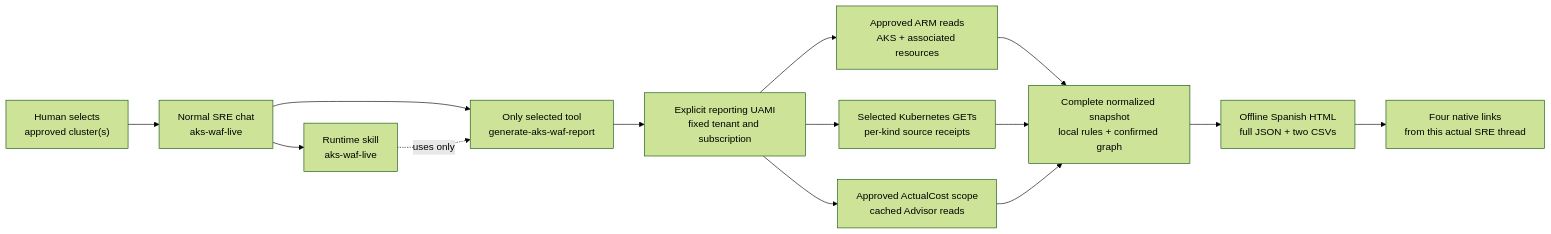
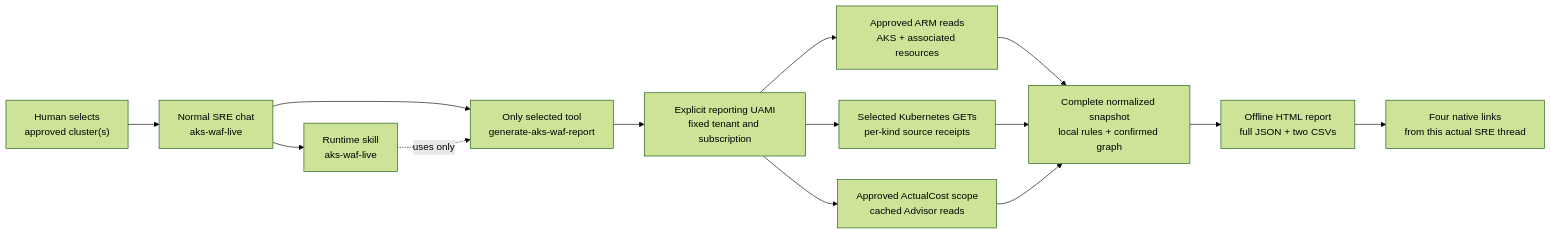
Before and after one commit to marioaguileraaa/sre-agent-use-cases: the first of 3 diagrams in 04-aks-well-architected-review/README.md, drawn with Mermaid (forest theme). The commit also changed other lines of this file and 136 other files, not shown here.

````diff
--- a/04-aks-well-architected-review/README.md
+++ b/04-aks-well-architected-review/README.md
@@ -153,16 +165,16 @@
 ```mermaid
 flowchart LR
     H["Human selects<br/>approved cluster(s)"] --> C["Normal SRE chat<br/>aks-waf-live"]
     C --> S["Runtime skill<br/>aks-waf-live"]
     C --> T["Only selected tool<br/>generate-aks-waf-report"]
     S -.->|"uses only"| T
     T --> I["Explicit reporting UAMI<br/>fixed tenant and subscription"]
     I --> A["Approved ARM reads<br/>AKS + associated resources"]
     I --> K["Selected Kubernetes GETs<br/>per-kind source receipts"]
     I --> F["Approved ActualCost scope<br/>cached Advisor reads"]
     A --> M["Complete normalized snapshot<br/>local rules + confirmed graph"]
     K --> M
     F --> M
-    M --> R["Offline Spanish HTML<br/>full JSON + two CSVs"]
+    M --> R["Offline HTML report<br/>full JSON + two CSVs"]
     R --> D["Four native links<br/>from this actual SRE thread"]
 ```
````
